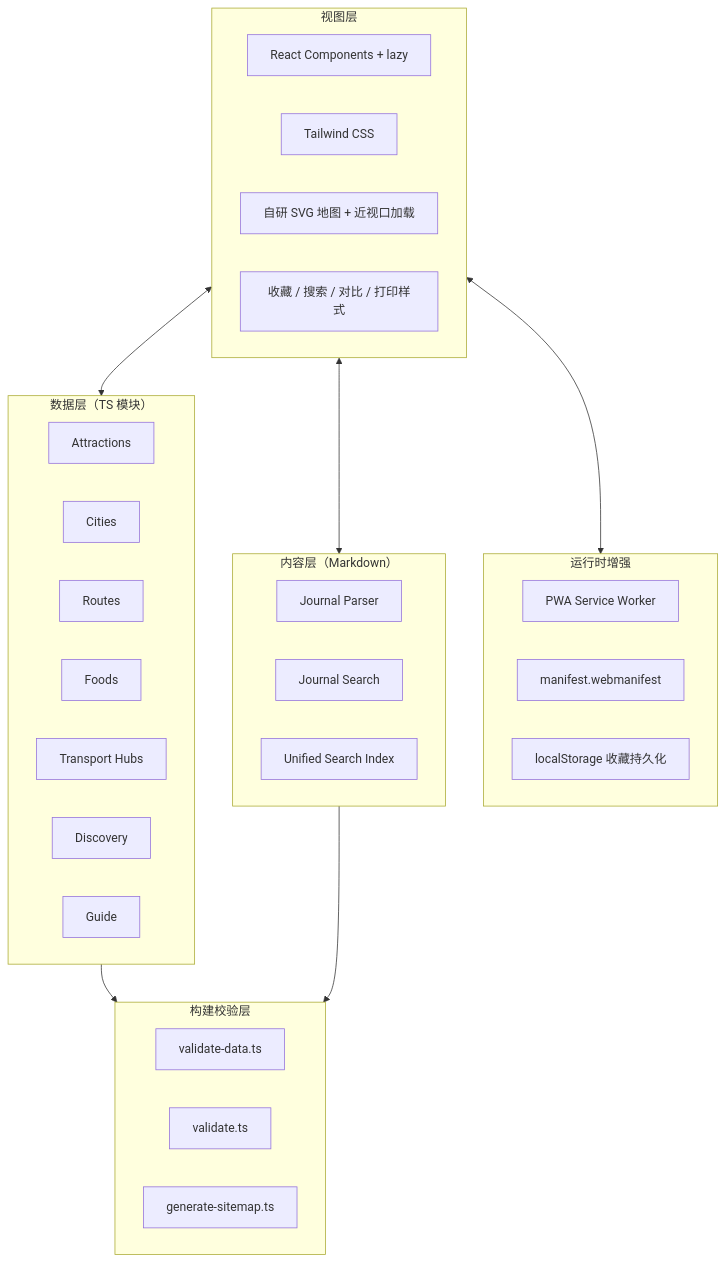
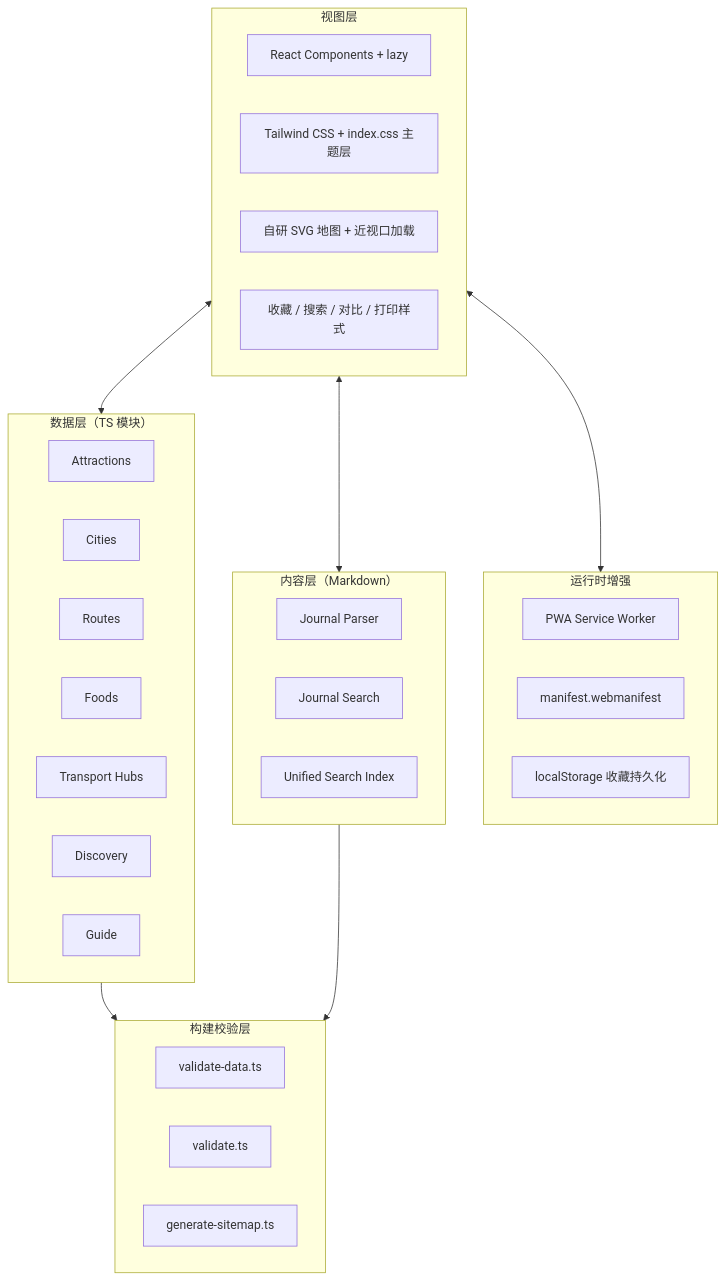
Before and after one commit to Minkelxy/ningxia-tourism: the first of 2 diagrams in docs/product/宁夏旅游地图技术架构.md, drawn with Mermaid. The commit also changed other lines of this file and 17 other files, not shown here.

````diff
--- a/docs/product/宁夏旅游地图技术架构.md
+++ b/docs/product/宁夏旅游地图技术架构.md
@@ -9,43 +9,43 @@
 ```mermaid
 flowchart TB
     subgraph ViewLayer["视图层"]
         A[React Components + lazy]
-        B[Tailwind CSS]
+        B[Tailwind CSS + index.css 主题层]
         C[自研 SVG 地图 + 近视口加载]
         C2[收藏 / 搜索 / 对比 / 打印样式]
     end
 
     subgraph Runtime["运行时增强"]
         P[PWA Service Worker]
         Q[manifest.webmanifest]
         R[localStorage 收藏持久化]
     end
 
     subgraph DataLayer["数据层（TS 模块）"]
         D[Attractions]
         E[Cities]
         F[Routes]
         G[Foods]
         H[Transport Hubs]
         I[Discovery]
         J[Guide]
     end
 
     subgraph ContentLayer["内容层（Markdown）"]
         K[Journal Parser]
         L[Journal Search]
         M[Unified Search Index]
     end
 
     subgraph BuildGate["构建校验层"]
         N[validate-data.ts]
         O[validate.ts]
         P2[generate-sitemap.ts]
     end
 
     ViewLayer <--> DataLayer
     ViewLayer <--> ContentLayer
     ViewLayer <--> Runtime
     DataLayer --> BuildGate
     ContentLayer --> BuildGate
 ```
````
